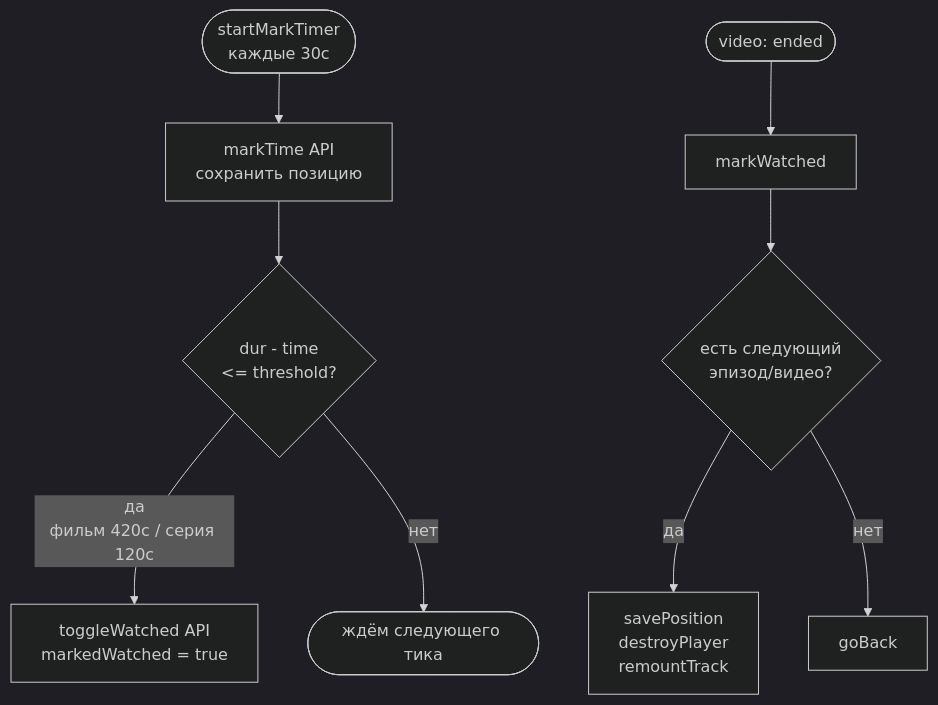
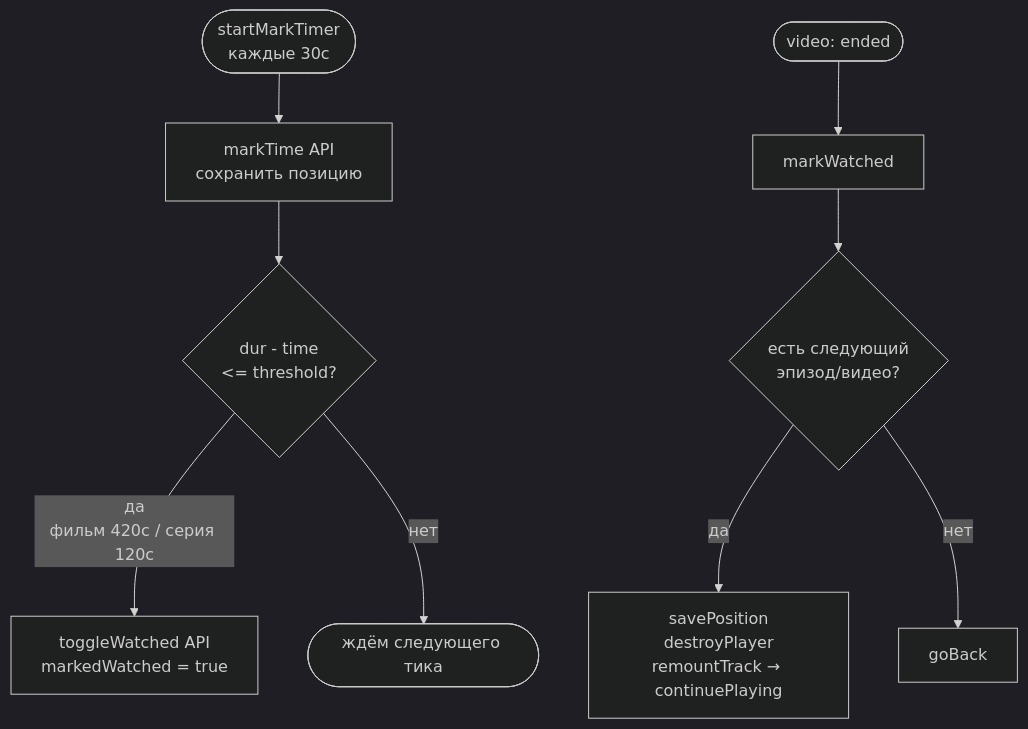
The sixth of 8 diagrams in doc/player-flow.md (stdray/yobapub), drawn with Mermaid (dark theme) before and after one commit. The commit also changed other lines of this file, not shown here.

Commit message:
docs: update player-flow.md for PlayState + continuePlaying architecture

````diff
--- a/doc/player-flow.md
+++ b/doc/player-flow.md
@@ -64,12 +112,12 @@
 ```mermaid
 flowchart TD
     A([startMarkTimer\nкаждые 30с]) --> B[markTime API\nсохранить позицию]
     B --> C{dur - time\n<= threshold?}
-    C -- да\nфильм 420с / серия 120с --> D[toggleWatched API\nmarkedWatched = true]
+    C -- "да\nфильм 420с / серия 120с" --> D[toggleWatched API\nmarkedWatched = true]
     C -- нет --> E([ждём следующего тика])
 
     F([video: ended]) --> G[markWatched]
     G --> H{есть следующий\nэпизод/видео?}
-    H -- да --> I[savePosition\ndestroyPlayer\nremountTrack]
+    H -- да --> I[savePosition\ndestroyPlayer\nremountTrack → continuePlaying]
     H -- нет --> J[goBack]
 ```
````
